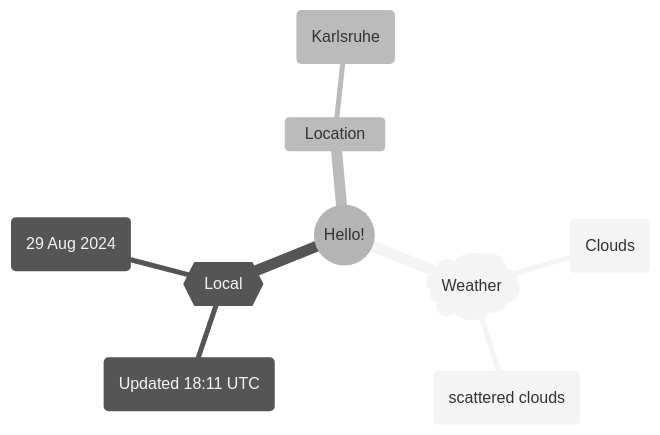
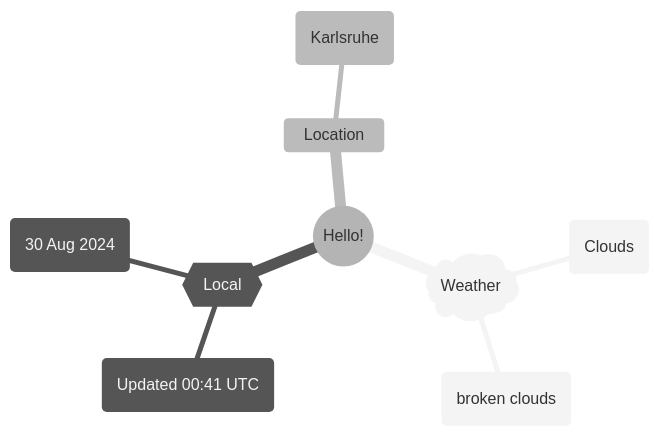
One commit to Xosrov/Xosrov changed the first of 2 diagrams in README.md. Above: the diagram before and after it, drawn with Mermaid (neutral theme).

Commit message:
[bot] updated images

````diff
--- a/README.md
+++ b/README.md
@@ -3,12 +3,12 @@
 ```mermaid
 mindmap
   root((Hello!))
     )Weather(
         (Clouds)
-        (scattered clouds)
+        (broken clouds)
     {{Local}}
-        (Updated 18:11 UTC)
-        (29 Aug 2024)
+        (Updated 00:41 UTC)
+        (30 Aug 2024)
     Location
         (Karlsruhe)
 ```
````
